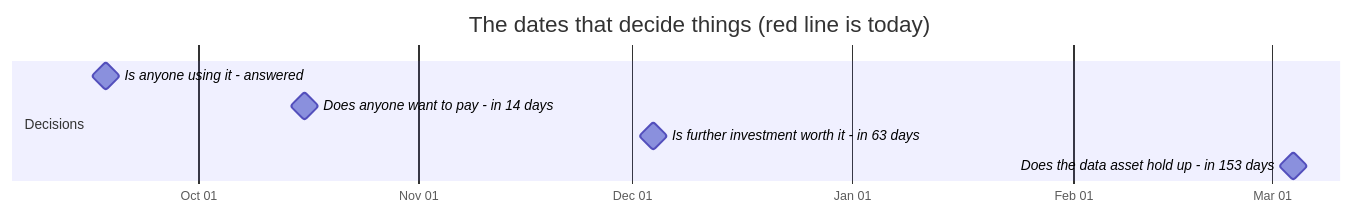
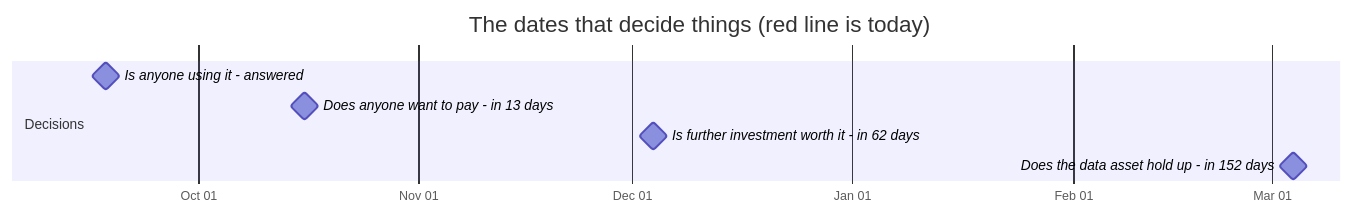
The first of 2 diagrams in docs/OWNER.md (jakegu1/vetagent), drawn with Mermaid before and after one commit. The commit also changed other lines of this file and 1 other file, not shown here.

````diff
--- a/docs/OWNER.md
+++ b/docs/OWNER.md
@@ -76,12 +76,12 @@
 ```mermaid
 gantt
     dateFormat YYYY-MM-DD
     axisFormat %b %d
     todayMarker stroke-width:3px,stroke:#d33,stroke-dasharray:0
     title The dates that decide things (red line is today)
     section Decisions
     Is anyone using it - answered :milestone, 2026-09-18, 0d
-    Does anyone want to pay - in 14 days :milestone, 2026-10-16, 0d
-    Is further investment worth it - in 63 days :milestone, 2026-12-04, 0d
-    Does the data asset hold up - in 153 days :milestone, 2027-03-04, 0d
+    Does anyone want to pay - in 13 days :milestone, 2026-10-16, 0d
+    Is further investment worth it - in 62 days :milestone, 2026-12-04, 0d
+    Does the data asset hold up - in 152 days :milestone, 2027-03-04, 0d
 ```
````
